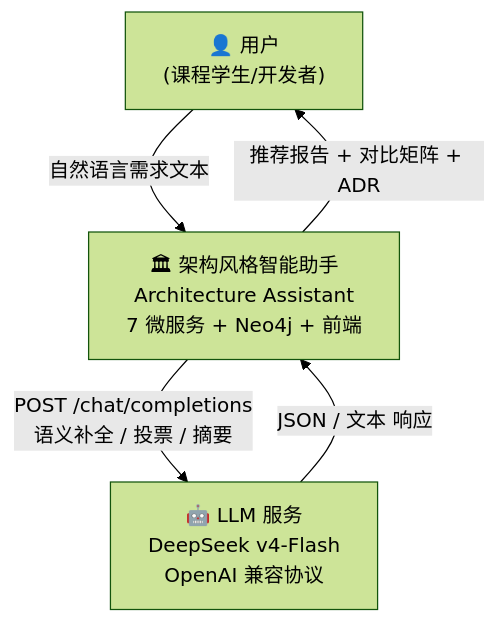
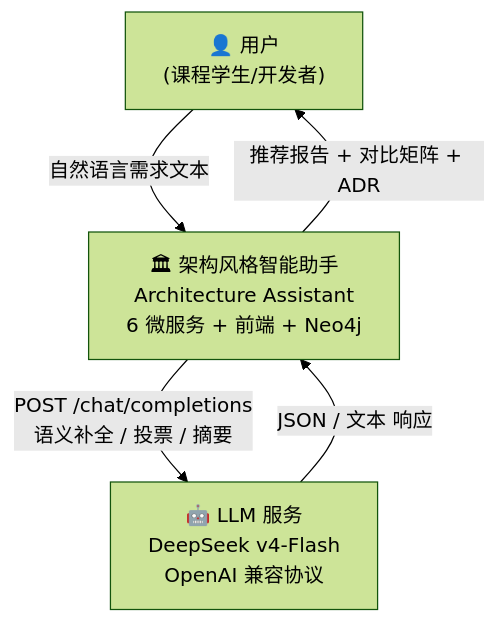
One commit to zbhzbhzbh11/architecture-assistant changed the first of 6 diagrams in docs/02-架构设计文档.md. Above: the diagram before and after it, drawn with Mermaid (forest theme). The commit also changed other lines of this file and 16 other files, not shown here.

````diff
--- a/docs/02-架构设计文档.md
+++ b/docs/02-架构设计文档.md
@@ -127,11 +127,11 @@
 ```mermaid
 graph TB
     User["👤 用户<br/>(课程学生/开发者)"]
-    System["🏛 架构风格智能助手<br/>Architecture Assistant<br/>7 微服务 + Neo4j + 前端"]
+    System["🏛 架构风格智能助手<br/>Architecture Assistant<br/>6 微服务 + 前端 + Neo4j"]
     LLM["🤖 LLM 服务<br/>DeepSeek v4-Flash<br/>OpenAI 兼容协议"]
 
     User -->|"自然语言需求文本"| System
     System -->|"推荐报告 + 对比矩阵 + ADR"| User
     System -->|"POST /chat/completions<br/>语义补全 / 投票 / 摘要"| LLM
     LLM -->|"JSON / 文本 响应"| System
 ```
````
